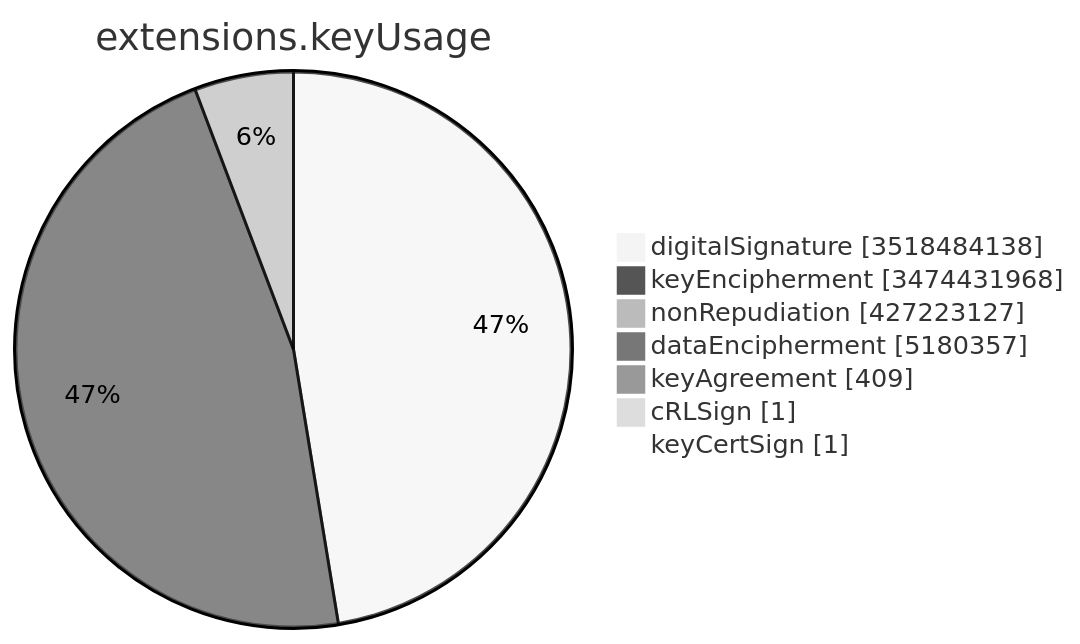
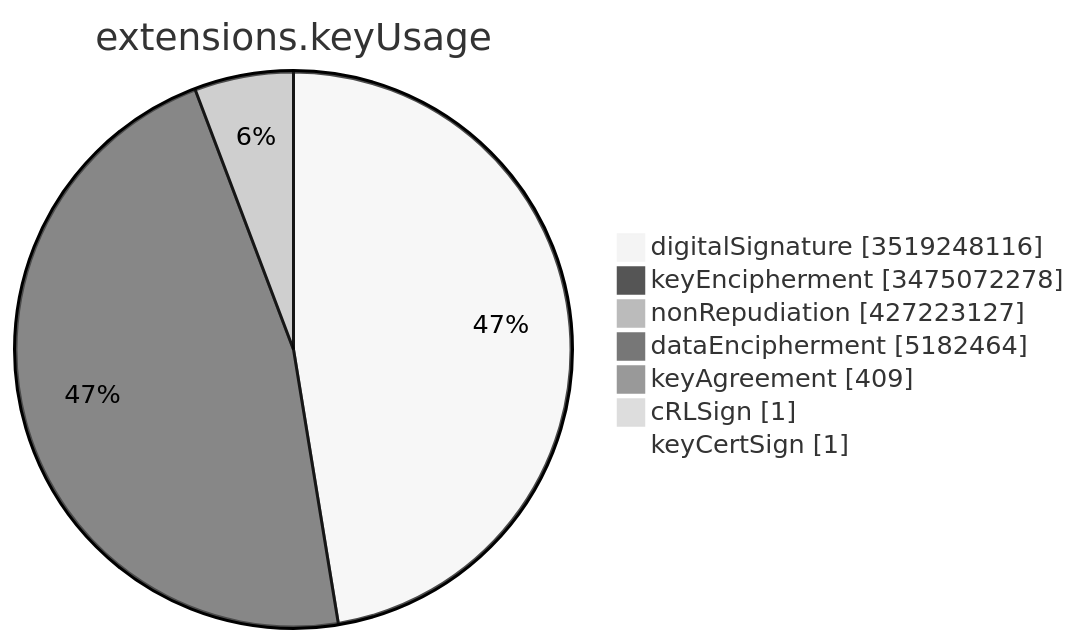
Before and after one commit to christiankrug/ctmonitor_visualization: the sixth of 15 diagrams in TOTAL/README.md, drawn with Mermaid (neutral theme). The commit also changed other lines of this file, not shown here.

````diff
--- a/TOTAL/README.md
+++ b/TOTAL/README.md
@@ -3083,11 +3083,11 @@
 ```mermaid
 pie showData
 title extensions.keyUsage
-"digitalSignature" :3518484138
-"keyEncipherment" :3474431968
+"digitalSignature" :3519248116
+"keyEncipherment" :3475072278
 "nonRepudiation" :427223127
-"dataEncipherment" :5180357
+"dataEncipherment" :5182464
 "keyAgreement" :409
 "cRLSign" :1
 "keyCertSign" :1
 ```
````
